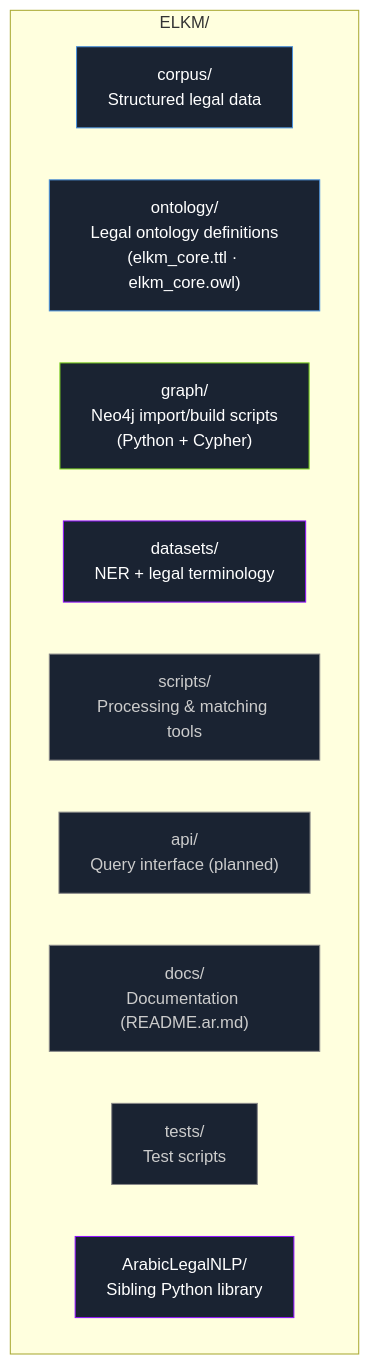
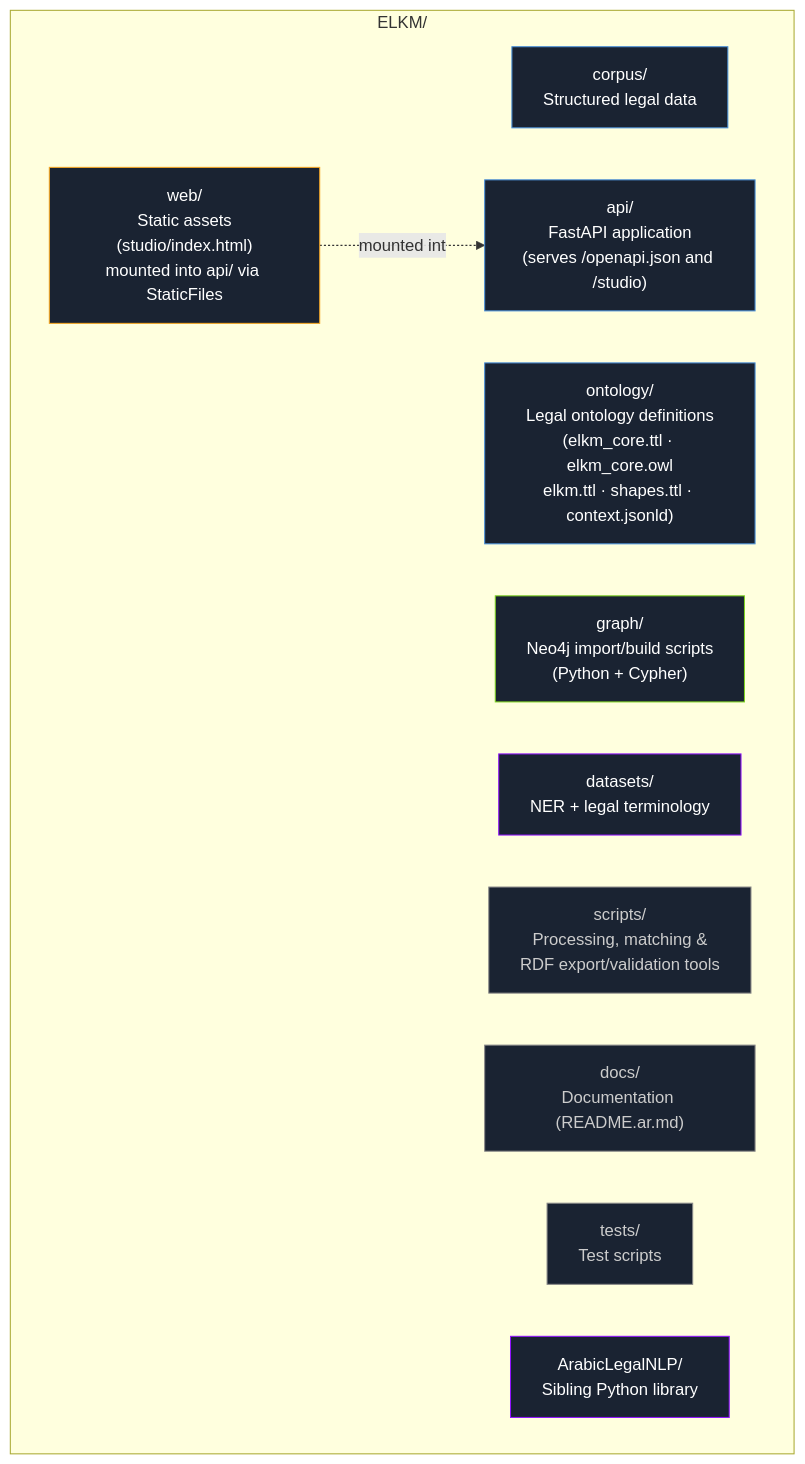
One commit to heshammalek/ELKM-Egyptian-Legal-Knowledge-Model changed the second of 4 diagrams in README.md. Above: the diagram before and after it, drawn with Mermaid. The commit also changed other lines of this file, not shown here.

````diff
--- a/README.md
+++ b/README.md
@@ -239,24 +240,28 @@
 ```mermaid
 flowchart TB
     subgraph root ["ELKM/"]
         corpus["corpus/<br/>Structured legal data"]
-        ontology["ontology/<br/>Legal ontology definitions<br/>(elkm_core.ttl · elkm_core.owl)"]
+        ontology["ontology/<br/>Legal ontology definitions<br/>(elkm_core.ttl · elkm_core.owl<br/>elkm.ttl · shapes.ttl · context.jsonld)"]
         graphdir["graph/<br/>Neo4j import/build scripts<br/>(Python + Cypher)"]
         datasets["datasets/<br/>NER + legal terminology"]
-        scripts["scripts/<br/>Processing & matching tools"]
-        api["api/<br/>Query interface (planned)"]
+        scripts["scripts/<br/>Processing, matching &<br/>RDF export/validation tools"]
+        api["api/<br/>FastAPI application<br/>(serves /openapi.json and /studio)"]
+        web["web/<br/>Static assets<br/>(studio/index.html)<br/>mounted into api/ via StaticFiles"]
         docs["docs/<br/>Documentation (README.ar.md)"]
         tests["tests/<br/>Test scripts"]
         arabicnlp["ArabicLegalNLP/<br/>Sibling Python library"]
     end
+
+    web -.mounted into.-> api
 
     style corpus fill:#1a2332,stroke:#4a90d9,color:#fff
     style ontology fill:#1a2332,stroke:#4a90d9,color:#fff
     style graphdir fill:#1a2332,stroke:#7ed321,color:#fff
     style datasets fill:#1a2332,stroke:#9013fe,color:#fff
     style scripts fill:#1a2332,stroke:#888,color:#ccc
-    style api fill:#1a2332,stroke:#888,color:#ccc
+    style api fill:#1a2332,stroke:#4a90d9,color:#fff
+    style web fill:#1a2332,stroke:#f5a623,color:#fff
     style docs fill:#1a2332,stroke:#888,color:#ccc
     style tests fill:#1a2332,stroke:#888,color:#ccc
     style arabicnlp fill:#1a2332,stroke:#9013fe,color:#fff
 ```
````
